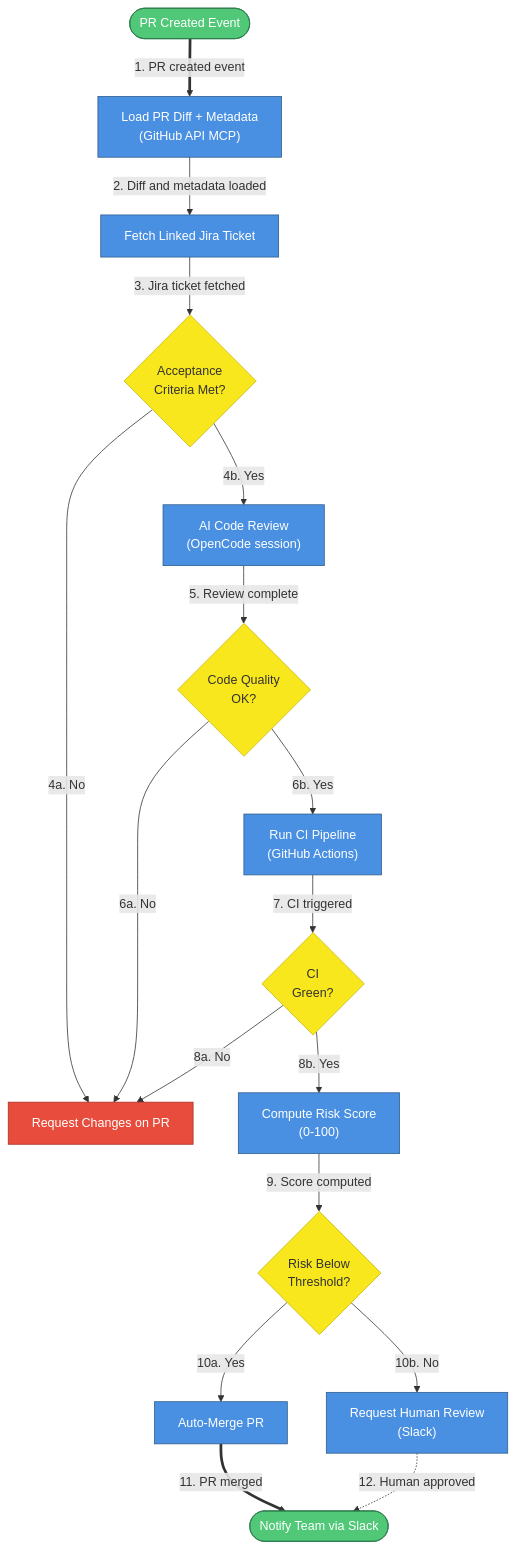
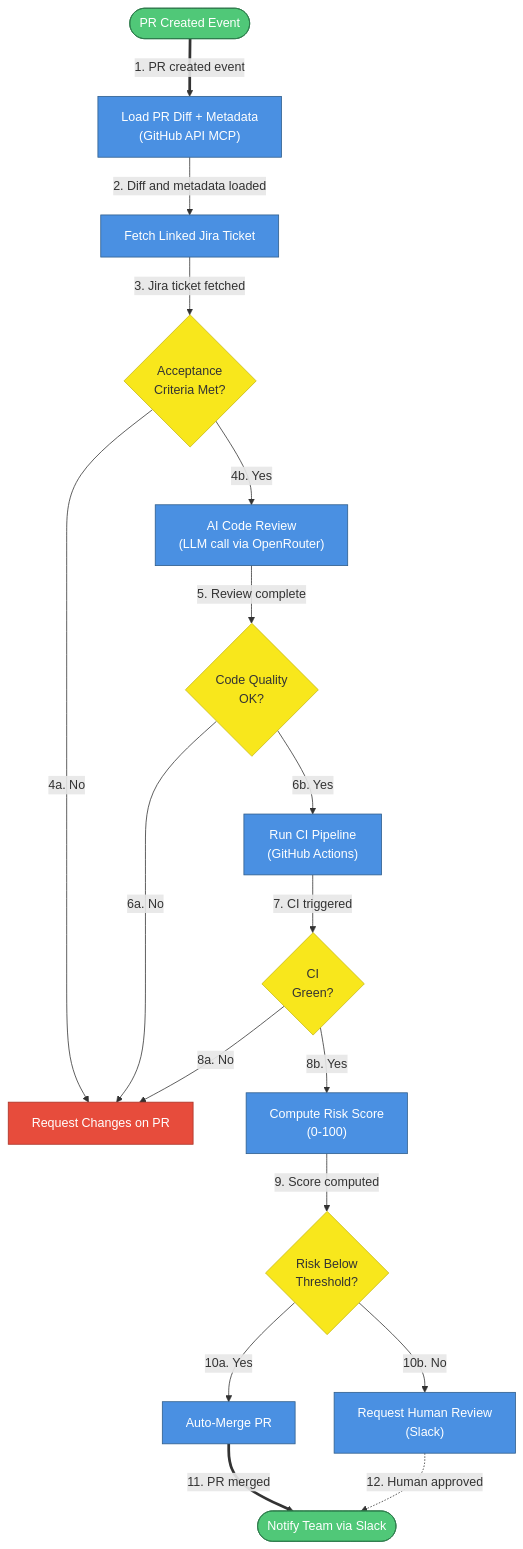
One commit to viiqswim/dozaldevs-ai-employee changed the eighth of 15 diagrams in docs/2026-03-22-2317-ai-employee-architecture.md. Above: the diagram before and after it, drawn with Mermaid. The commit also changed other lines of this file, not shown here.

Commit message:
docs: fix agent model contradictions in architecture doc

````diff
--- a/docs/2026-03-22-2317-ai-employee-architecture.md
+++ b/docs/2026-03-22-2317-ai-employee-architecture.md
@@ -824,39 +825,39 @@
 ```mermaid
 flowchart TD
     PRWATCH(["PR Created Event"]):::event
     LOAD["Load PR Diff + Metadata\n(GitHub API MCP)"]:::service
     JIRA_CHECK["Fetch Linked Jira Ticket"]:::service
     COMPARE{"Acceptance\nCriteria Met?"}:::decision
-    CODE_REVIEW["AI Code Review\n(OpenCode session)"]:::service
+    CODE_REVIEW["AI Code Review\n(LLM call via OpenRouter)"]:::service
     QUALITY{"Code Quality\nOK?"}:::decision
     CI["Run CI Pipeline\n(GitHub Actions)"]:::service
     CI_PASS{"CI\nGreen?"}:::decision
     RISK["Compute Risk Score\n(0-100)"]:::service
     AUTO{"Risk Below\nThreshold?"}:::decision
     MERGE["Auto-Merge PR"]:::service
     HUMAN["Request Human Review\n(Slack)"]:::service
     NOTIFY(["Notify Team via Slack"]):::event
     REJECT["Request Changes on PR"]:::error
 
     PRWATCH ==>|"1. PR created event"| LOAD
     LOAD -->|"2. Diff and metadata loaded"| JIRA_CHECK
     JIRA_CHECK -->|"3. Jira ticket fetched"| COMPARE
     COMPARE -->|"4a. No"| REJECT
     COMPARE -->|"4b. Yes"| CODE_REVIEW
     CODE_REVIEW -->|"5. Review complete"| QUALITY
     QUALITY -->|"6a. No"| REJECT
     QUALITY -->|"6b. Yes"| CI
     CI -->|"7. CI triggered"| CI_PASS
     CI_PASS -->|"8a. No"| REJECT
     CI_PASS -->|"8b. Yes"| RISK
     RISK -->|"9. Score computed"| AUTO
     AUTO -->|"10a. Yes"| MERGE
     AUTO -->|"10b. No"| HUMAN
     MERGE ==>|"11. PR merged"| NOTIFY
     HUMAN -.->|"12. Human approved"| NOTIFY
 
     classDef service fill:#4A90E2,stroke:#2E5C8A,color:#fff
     classDef event fill:#50C878,stroke:#2D7A4A,color:#fff
     classDef decision fill:#F8E71C,stroke:#C7B916,color:#333
     classDef error fill:#E74C3C,stroke:#A93226,color:#fff
 ```
````
